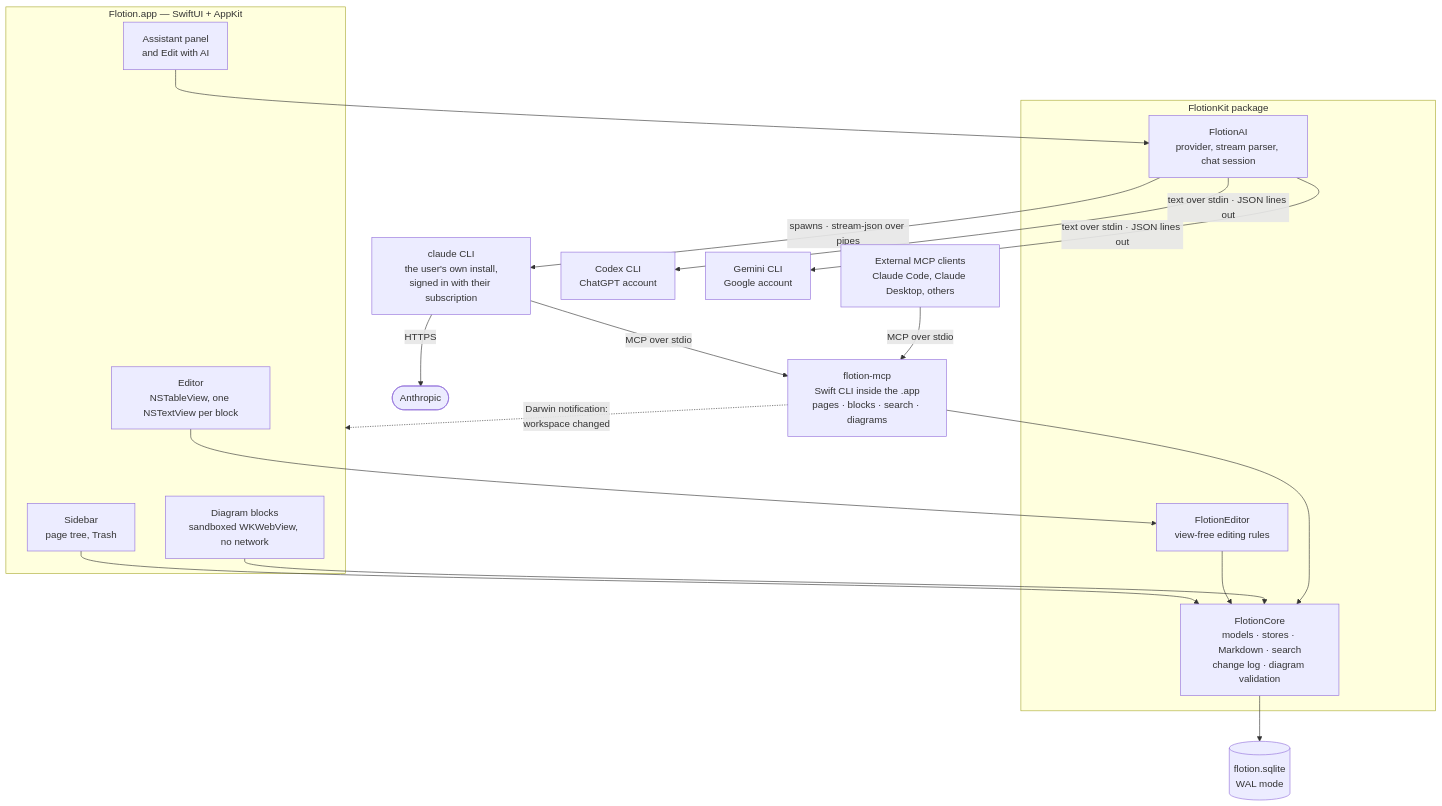
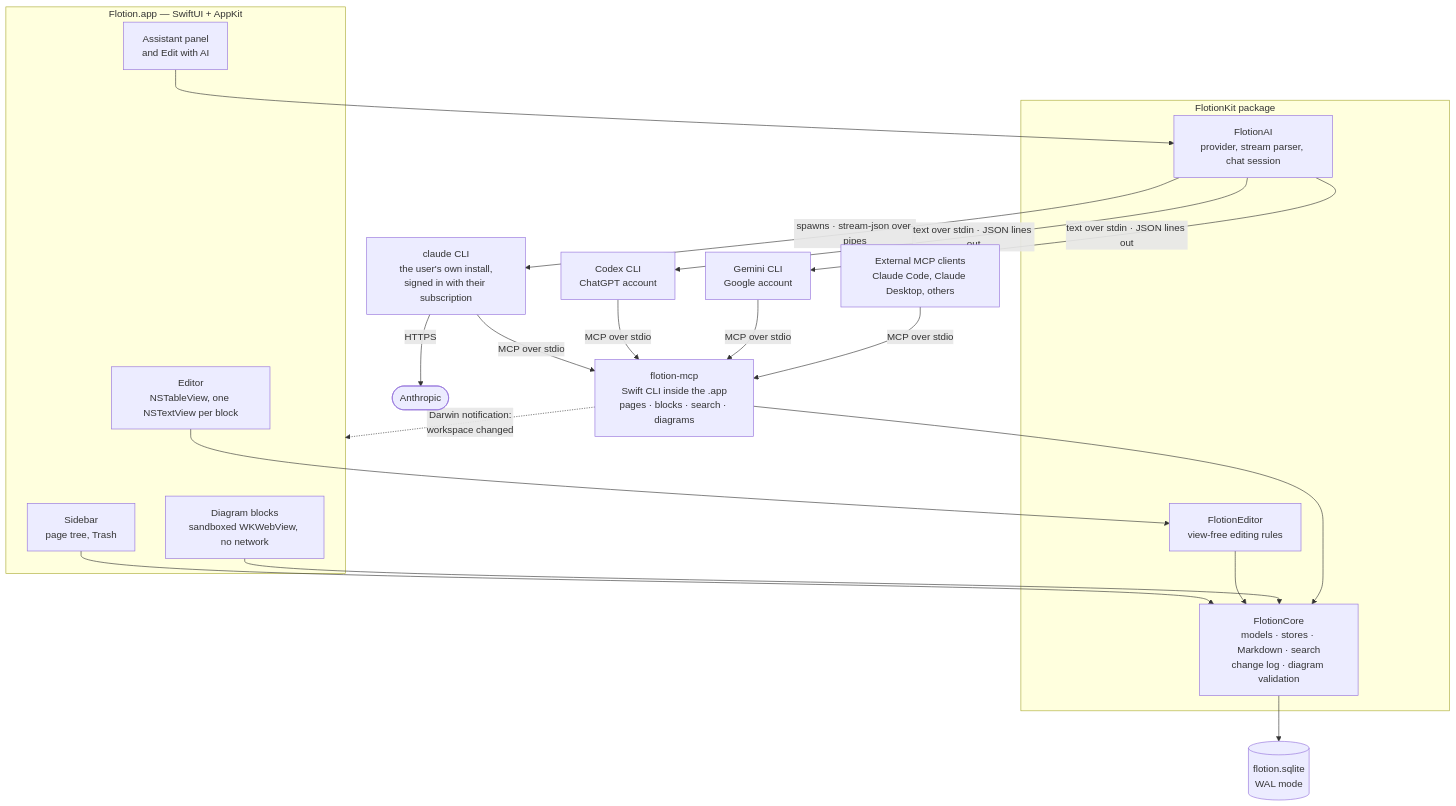
Before and after one commit to andrewv426/Flotion: the first of 2 diagrams in docs/architecture.md, drawn with Mermaid. The commit also changed other lines of this file and 9 other files, not shown here.

Commit message:
feat(ai): give Codex and Gemini workspace tools

````diff
--- a/docs/architecture.md
+++ b/docs/architecture.md
@@ -7,39 +7,41 @@
 ```mermaid
 flowchart TB
     subgraph app["Flotion.app — SwiftUI + AppKit"]
         sidebar["Sidebar<br/>page tree, Trash"]
         editor["Editor<br/>NSTableView, one NSTextView per block"]
         diagram["Diagram blocks<br/>sandboxed WKWebView, no network"]
         panel["Assistant panel<br/>and Edit with AI"]
     end
 
     cli["claude CLI<br/>the user's own install,<br/>signed in with their subscription"]
     anthropic(["Anthropic"])
     codex["Codex CLI<br/>ChatGPT account"]
     gemini["Gemini CLI<br/>Google account"]
     external["External MCP clients<br/>Claude Code, Claude Desktop, others"]
     mcp["flotion-mcp<br/>Swift CLI inside the .app<br/>pages · blocks · search · diagrams"]
 
     subgraph kit["FlotionKit package"]
         editorlib["FlotionEditor<br/>view-free editing rules"]
         ai["FlotionAI<br/>provider, stream parser, chat session"]
         core["FlotionCore<br/>models · stores · Markdown · search<br/>change log · diagram validation"]
     end
 
     db[("flotion.sqlite<br/>WAL mode")]
 
     editor --> editorlib
     panel --> ai
     ai -- "spawns · stream-json over pipes" --> cli
     ai -- "text over stdin · JSON lines out" --> codex
     ai -- "text over stdin · JSON lines out" --> gemini
     cli -- HTTPS --> anthropic
     cli -- "MCP over stdio" --> mcp
+    codex -- "MCP over stdio" --> mcp
+    gemini -- "MCP over stdio" --> mcp
     external -- "MCP over stdio" --> mcp
     sidebar --> core
     editorlib --> core
     diagram --> core
     mcp --> core
     core --> db
     mcp -. "Darwin notification:<br/>workspace changed" .-> app
 ```
````
